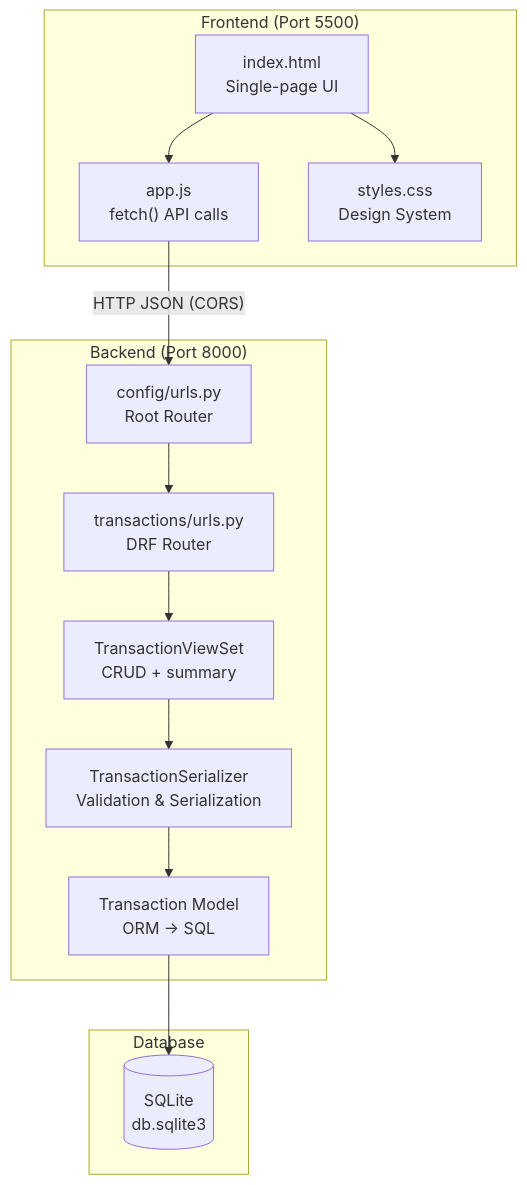
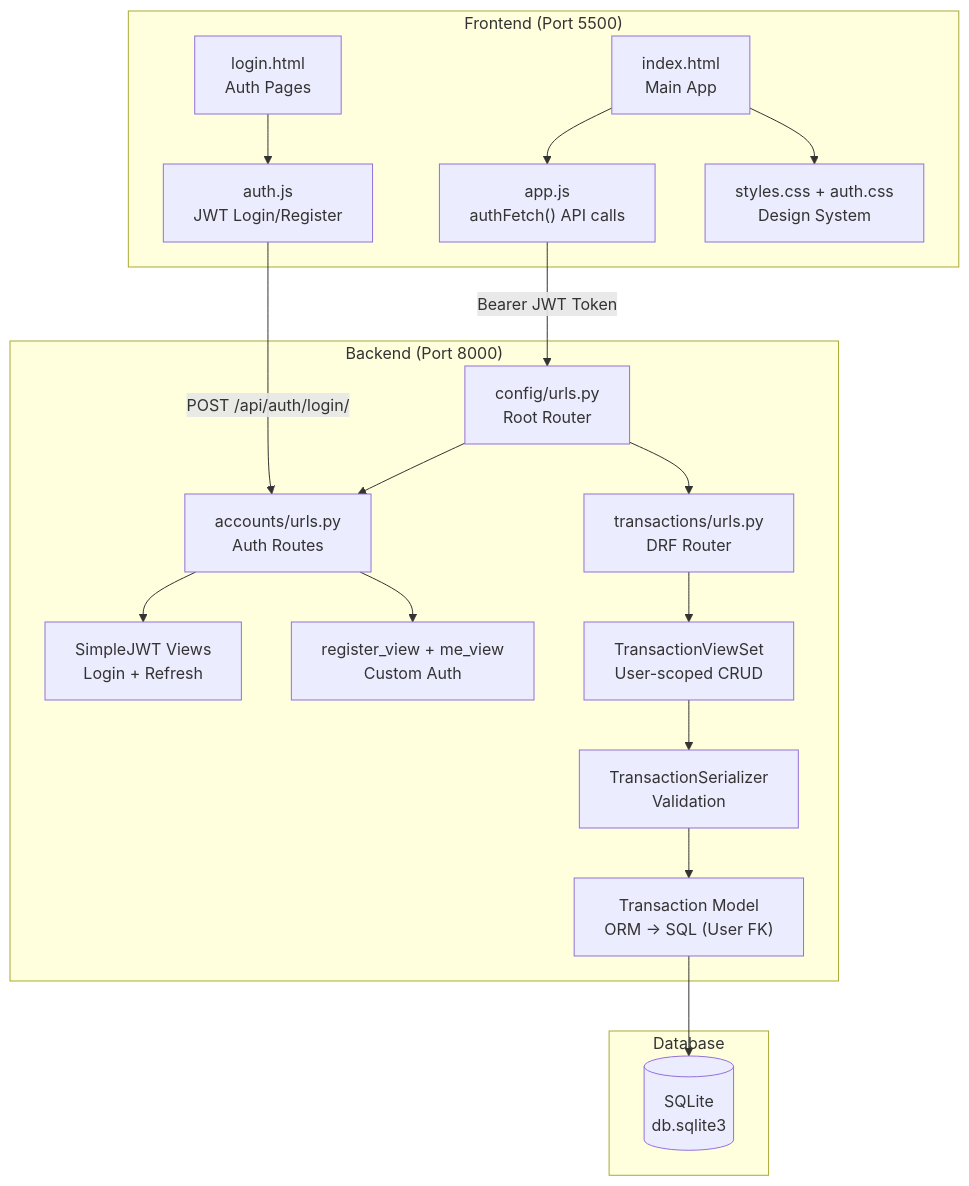
The first of 6 diagrams in money_manager_deep_dive.md (Sunil2409/money-management-system), drawn with Mermaid before and after one commit. The commit also changed other lines of this file and 21 other files, not shown here.

First line of the commit message:
feat: Phase 2 — JWT User Authentication

````diff
--- a/money_manager_deep_dive.md
+++ b/money_manager_deep_dive.md
@@ -20,21 +22,26 @@
 ```mermaid
 graph TB
     subgraph "Frontend (Port 5500)"
-        A["index.html<br/>Single-page UI"] --> B["app.js<br/>fetch() API calls"]
-        A --> C["styles.css<br/>Design System"]
+        A1["login.html<br/>Auth Pages"] --> A2["auth.js<br/>JWT Login/Register"]
+        A3["index.html<br/>Main App"] --> A4["app.js<br/>authFetch() API calls"]
+        A3 --> A5["styles.css + auth.css<br/>Design System"]
     end
 
     subgraph "Backend (Port 8000)"
-        D["config/urls.py<br/>Root Router"] --> E["transactions/urls.py<br/>DRF Router"]
-        E --> F["TransactionViewSet<br/>CRUD + summary"]
-        F --> G["TransactionSerializer<br/>Validation & Serialization"]
-        G --> H["Transaction Model<br/>ORM → SQL"]
+        D["config/urls.py<br/>Root Router"] --> E1["accounts/urls.py<br/>Auth Routes"]
+        D --> E2["transactions/urls.py<br/>DRF Router"]
+        E1 --> F1["SimpleJWT Views<br/>Login + Refresh"]
+        E1 --> F1b["register_view + me_view<br/>Custom Auth"]
+        E2 --> F2["TransactionViewSet<br/>User-scoped CRUD"]
+        F2 --> G["TransactionSerializer<br/>Validation"]
+        G --> H["Transaction Model<br/>ORM → SQL (User FK)"]
     end
 
     subgraph "Database"
         I[("SQLite<br/>db.sqlite3")]
     end
 
-    B -- "HTTP JSON (CORS)" --> D
+    A2 -- "POST /api/auth/login/" --> E1
+    A4 -- "Bearer JWT Token" --> D
     H --> I
 ```
````
